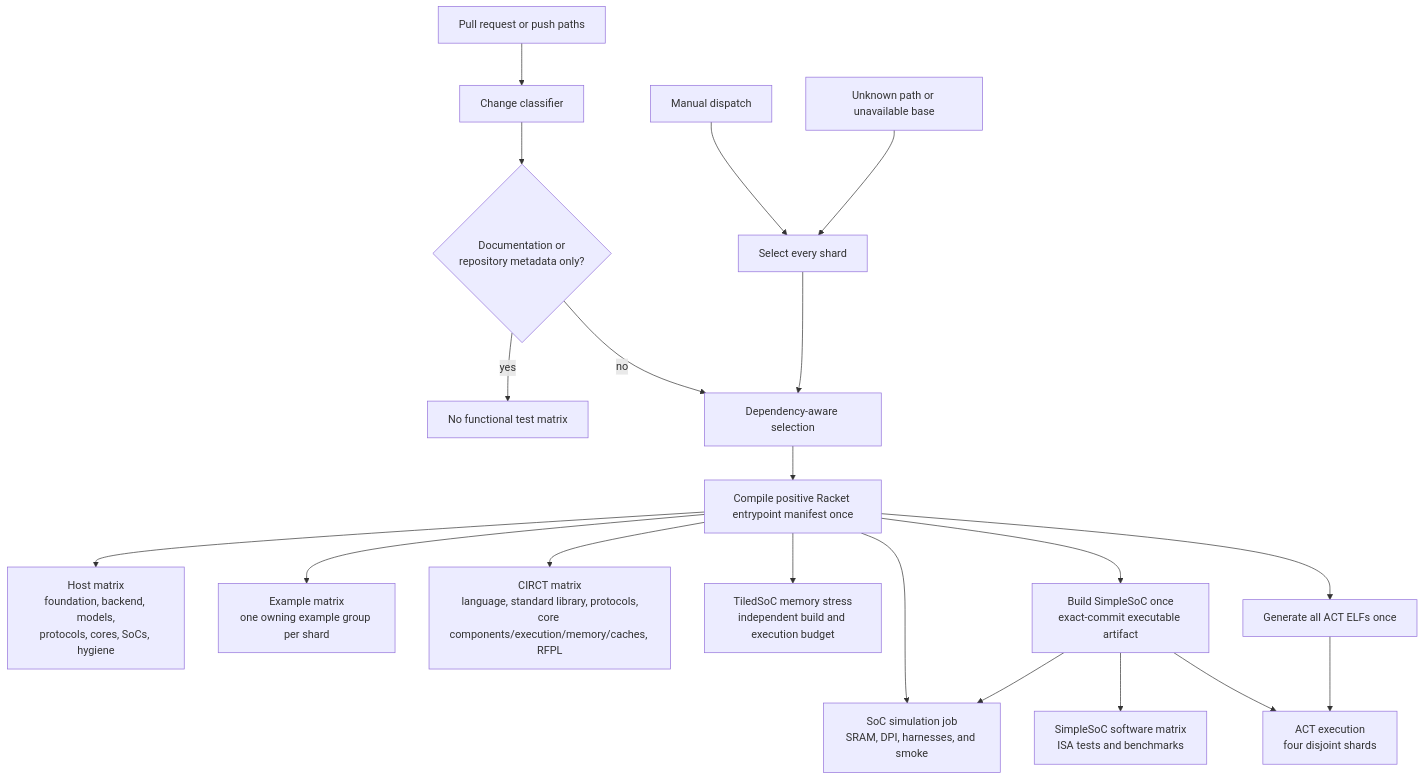
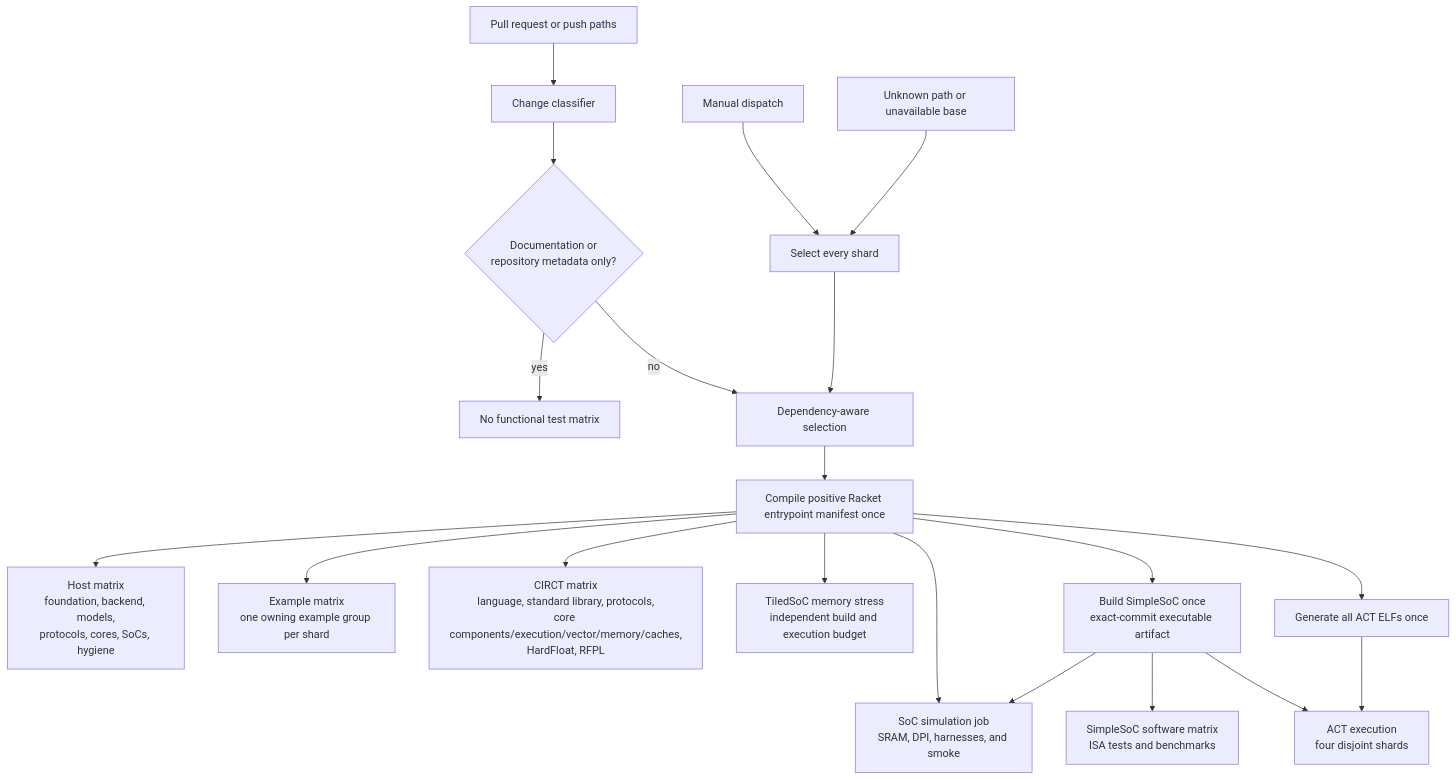
Before and after one commit to jerryz123/rhodium: the diagram in tests/DEVELOPING.md, drawn with Mermaid. The commit also changed other lines of this file and 6 other files, not shown here.

````diff
--- a/tests/DEVELOPING.md
+++ b/tests/DEVELOPING.md
@@ -63,22 +63,22 @@
 ```mermaid
 flowchart TD
     Changes["Pull request or push paths"] --> Classifier["Change classifier"]
     Manual["Manual dispatch"] --> All["Select every shard"]
     Unknown["Unknown path or unavailable base"] --> All
     Classifier --> Docs{"Documentation or<br/>repository metadata only?"}
     Docs -->|yes| None["No functional test matrix"]
     Docs -->|no| Selected["Dependency-aware selection"]
     All --> Selected
     Selected --> Compile["Compile positive Racket entrypoint manifest once"]
     Compile --> Host["Host matrix<br/>foundation, backend, models,<br/>protocols, cores, SoCs, hygiene"]
     Compile --> Examples["Example matrix<br/>one owning example group per shard"]
-    Compile --> CIRCT["CIRCT matrix<br/>language, standard library, protocols,<br/>core components/execution/memory/caches, RFPL"]
+    Compile --> CIRCT["CIRCT matrix<br/>language, standard library, protocols,<br/>core components/execution/vector/memory/caches,<br/>HardFloat, RFPL"]
     Compile --> Simulation["SoC simulation job<br/>SRAM, DPI, harnesses, and smoke"]
     Compile --> TiledMemory["TiledSoC memory stress<br/>independent build and execution budget"]
     Compile --> SimpleBuild["Build SimpleSoC once<br/>exact-commit executable artifact"]
     SimpleBuild --> Simulation
     SimpleBuild --> Programs["SimpleSoC software matrix<br/>ISA tests and benchmarks"]
     Compile --> ActBuild["Generate all ACT ELFs once"]
     SimpleBuild --> ActRun["ACT execution<br/>four disjoint shards"]
     ActBuild --> ActRun
 ```
````
